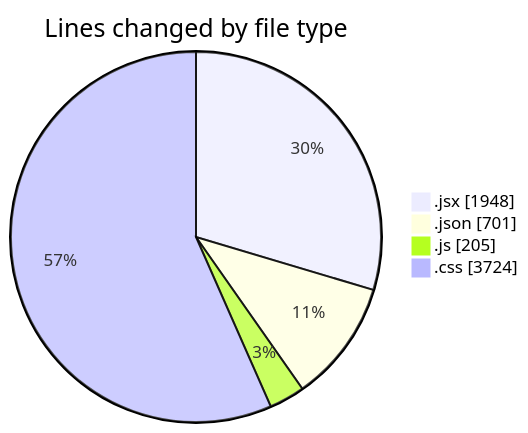
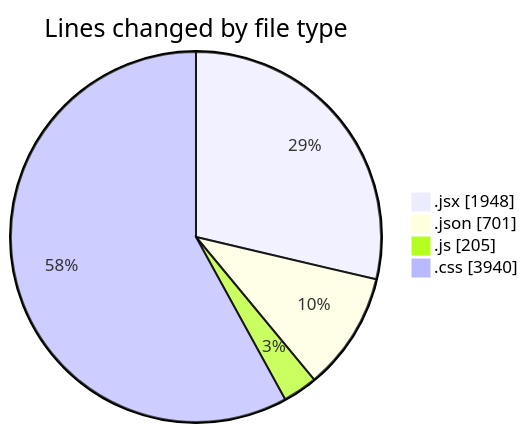
Before and after one commit to BS-eng2023/code-tracking: the first of 2 diagrams in 2025-05-04/project/README.md, drawn with Mermaid. The commit also changed other lines of this file and 1 other file, not shown here.

````diff
--- a/2025-05-04/project/README.md
+++ b/2025-05-04/project/README.md
@@ -43,8 +43,8 @@
 ```mermaid
 pie showData
 title Lines changed by file type
 ".jsx" : 1948
 ".json" : 701
 ".js" : 205
-".css" : 3724
+".css" : 3940
 ```
````
